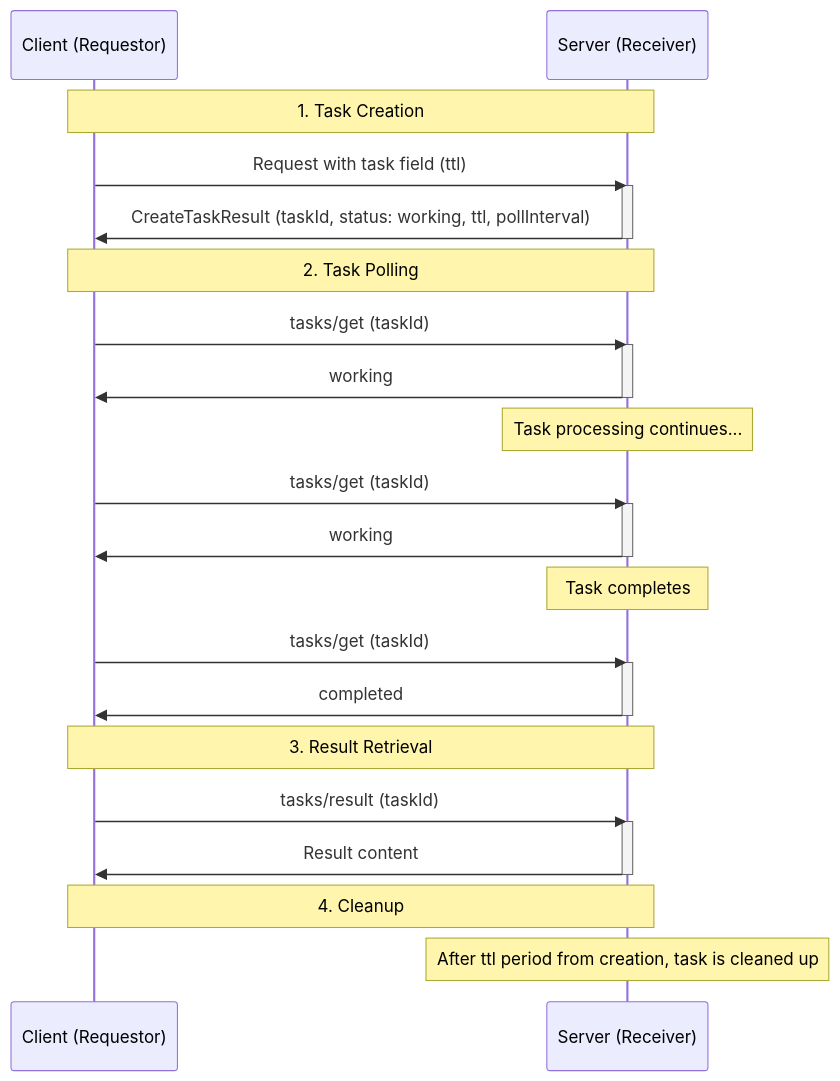
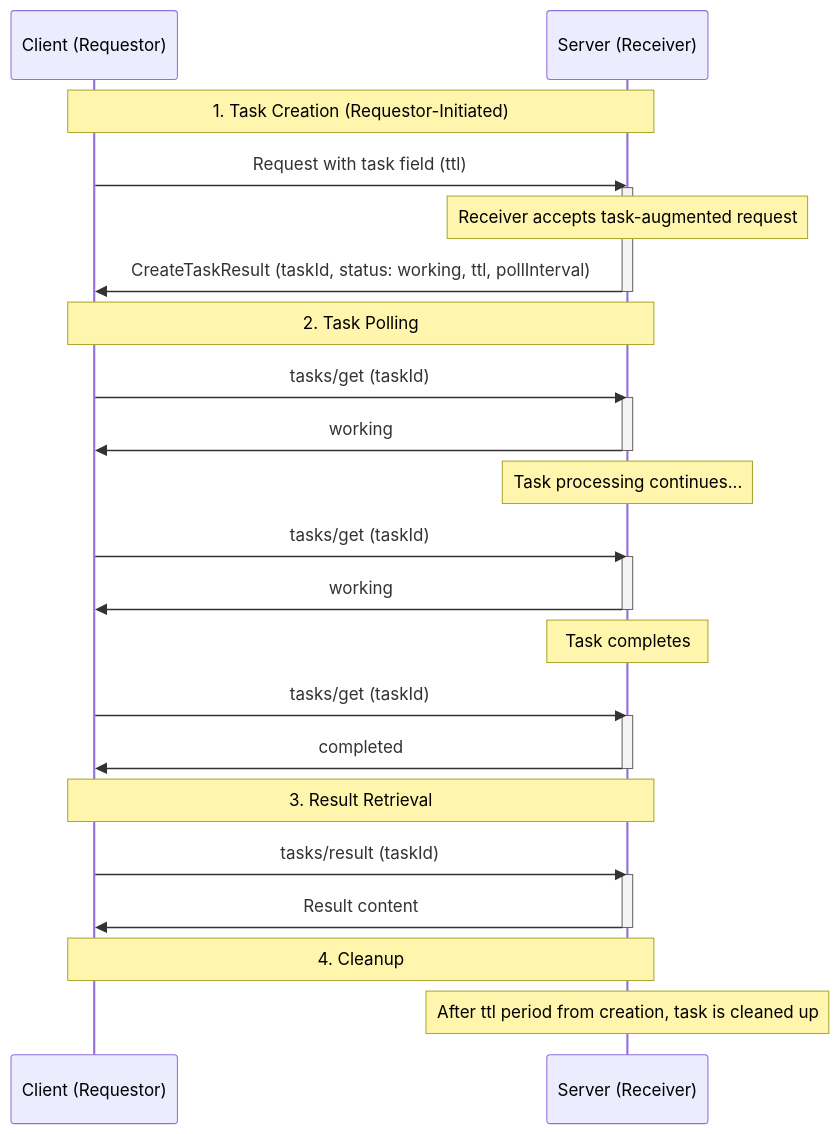
One commit to modelcontextprotocol/modelcontextprotocol changed the second of 6 diagrams in docs/specification/draft/basic/utilities/tasks.mdx. Above: the diagram before and after it, drawn with Mermaid. The commit also changed other lines of this file, not shown here.

Commit message:
docs(tasks): add standard and unsolicited task message flow diagrams

````diff
--- a/docs/specification/draft/basic/utilities/tasks.mdx
+++ b/docs/specification/draft/basic/utilities/tasks.mdx
@@ -489,32 +491,33 @@
 ```mermaid
 sequenceDiagram
     participant C as Client (Requestor)
     participant S as Server (Receiver)
-    Note over C,S: 1. Task Creation
+    Note over C,S: 1. Task Creation (Requestor-Initiated)
     C->>S: Request with task field (ttl)
     activate S
+    Note over S: Receiver accepts task-augmented request
     S->>C: CreateTaskResult (taskId, status: working, ttl, pollInterval)
     deactivate S
     Note over C,S: 2. Task Polling
     C->>S: tasks/get (taskId)
     activate S
     S->>C: working
     deactivate S
     Note over S: Task processing continues...
     C->>S: tasks/get (taskId)
     activate S
     S->>C: working
     deactivate S
     Note over S: Task completes
     C->>S: tasks/get (taskId)
     activate S
     S->>C: completed
     deactivate S
     Note over C,S: 3. Result Retrieval
     C->>S: tasks/result (taskId)
     activate S
     S->>C: Result content
     deactivate S
     Note over C,S: 4. Cleanup
     Note over S: After ttl period from creation, task is cleaned up
 ```
````
